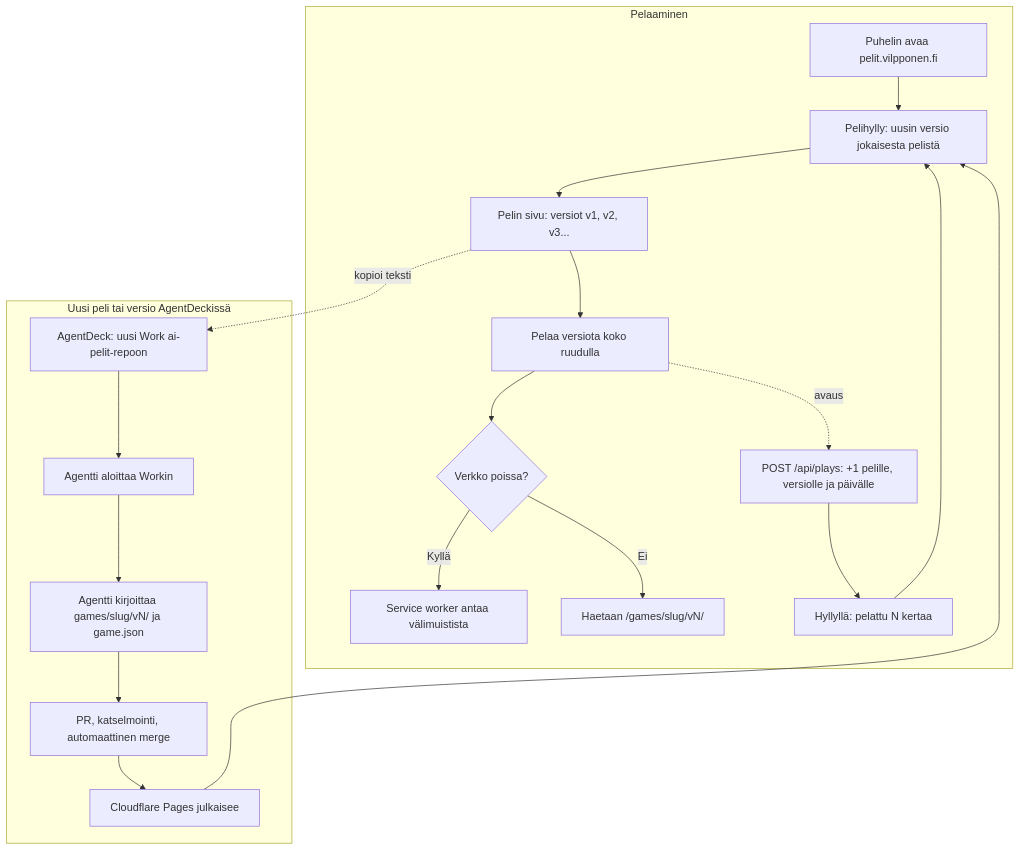
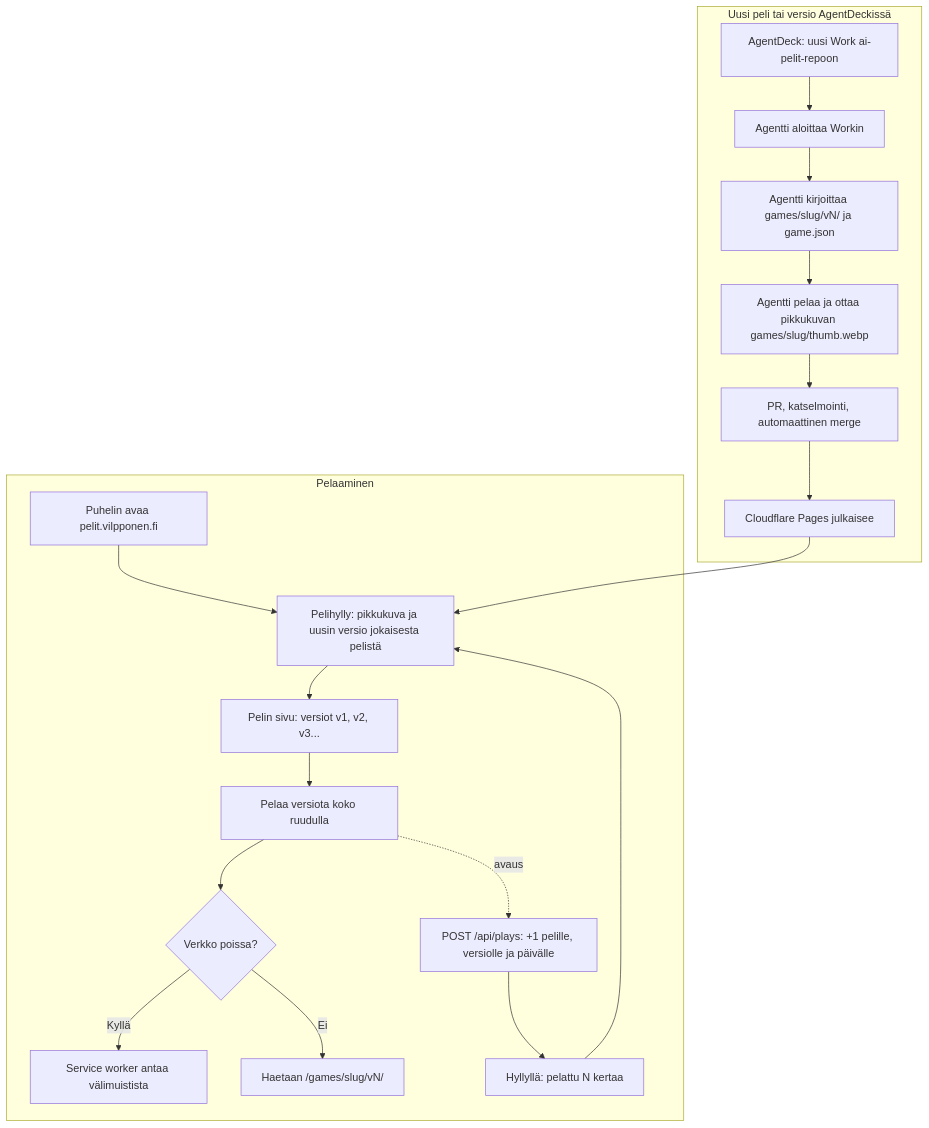
The diagram in docs/diagrams/ai-pelit.md (eerovil/ai-pelit), drawn with Mermaid before and after one commit. The commit also changed other lines of this file and 17 other files, not shown here.

````diff
--- a/docs/diagrams/ai-pelit.md
+++ b/docs/diagrams/ai-pelit.md
@@ -8,28 +8,28 @@
 ```mermaid
 flowchart TD
   subgraph Pelaaminen
-    A[Puhelin avaa pelit.vilpponen.fi] --> B[Pelihylly: uusin versio jokaisesta pelistä]
+    A[Puhelin avaa pelit.vilpponen.fi] --> B[Pelihylly: pikkukuva ja uusin versio jokaisesta pelistä]
     B --> C[Pelin sivu: versiot v1, v2, v3...]
     C --> D[Pelaa versiota koko ruudulla]
     D --> E{Verkko poissa?}
     E -- Kyllä --> F[Service worker antaa välimuistista]
     E -- Ei --> G[Haetaan /games/slug/vN/]
     D -. avaus .-> P[POST /api/plays: +1 pelille, versiolle ja päivälle]
     P --> Q[Hyllyllä: pelattu N kertaa]
     Q --> B
   end
   subgraph Uusi peli tai versio AgentDeckissä
-    C -. kopioi teksti .-> H[AgentDeck: uusi Work ai-pelit-repoon]
-    H --> L[Agentti aloittaa Workin]
+    H[AgentDeck: uusi Work ai-pelit-repoon] --> L[Agentti aloittaa Workin]
     L --> M[Agentti kirjoittaa games/slug/vN/ ja game.json]
-    M --> N[PR, katselmointi, automaattinen merge]
+    M --> T[Agentti pelaa ja ottaa pikkukuvan games/slug/thumb.webp]
+    T --> N[PR, katselmointi, automaattinen merge]
     N --> O[Cloudflare Pages julkaisee]
     O --> B
   end
   class A,B,C,D,Q blue
   class E amber
   class F,G,P teal
   class H violet
-  class L,M,N rose
+  class L,M,T,N rose
   class O green
 ```
````
